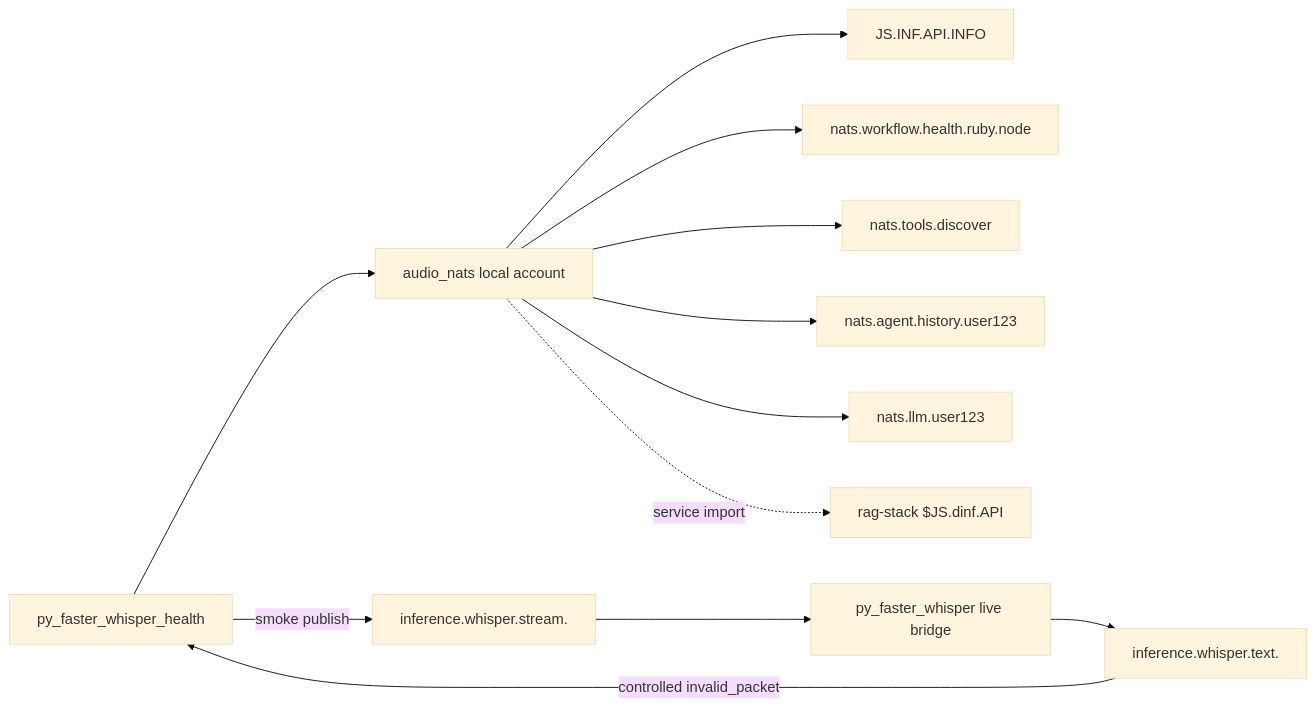
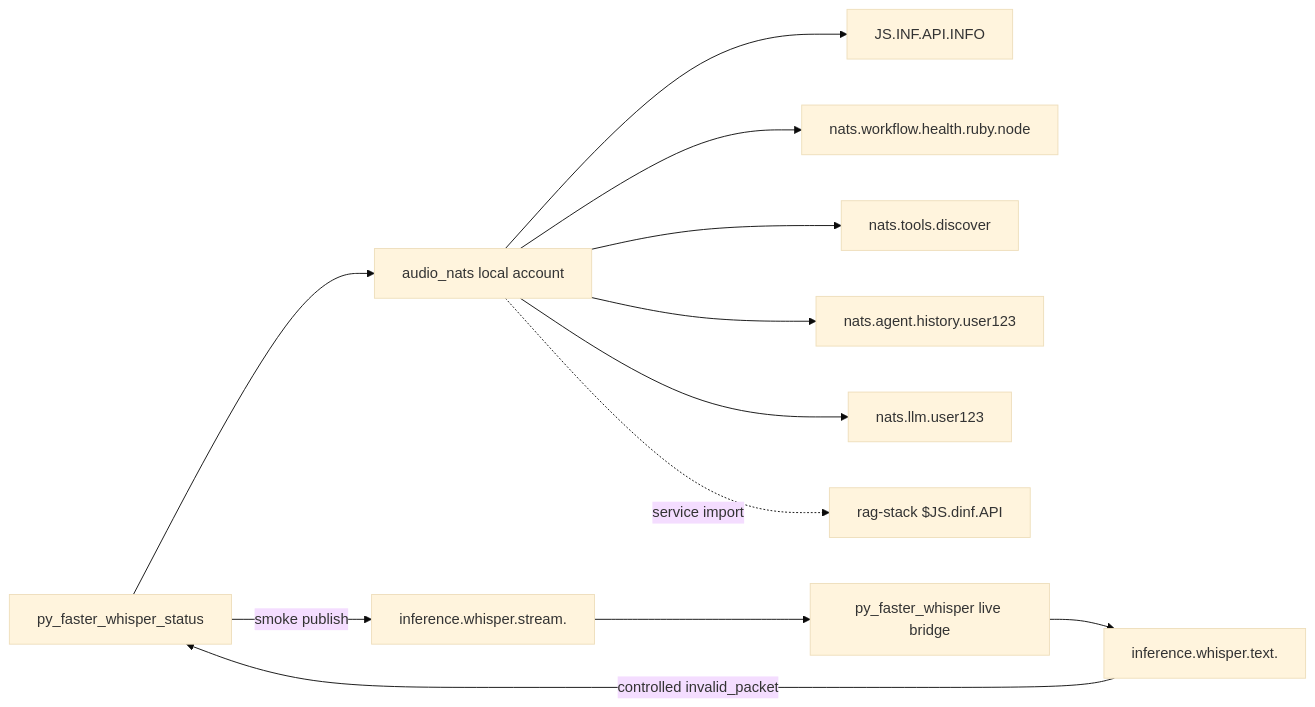
Before and after one commit to komaroffsergei/webrtc-komaroff: the fifth of 5 diagrams in DOCS/DIAGNOSTICS.md, drawn with Mermaid (base theme). The commit also changed other lines of this file and 6 other files, not shown here.

Commit message:
Route status diagnostics through whisper service

````diff
--- a/DOCS/DIAGNOSTICS.md
+++ b/DOCS/DIAGNOSTICS.md
@@ -165,17 +167,17 @@
 ```mermaid
 flowchart LR
-    Health["py_faster_whisper_health"] --> AudioNats["audio_nats local account"]
+    Health["py_faster_whisper_status"] --> AudioNats["audio_nats local account"]
 
     AudioNats --> Js["JS.INF.API.INFO"]
     AudioNats --> Workflow["nats.workflow.health.ruby.node"]
     AudioNats --> Tools["nats.tools.discover"]
     AudioNats --> History["nats.agent.history.user123"]
     AudioNats --> Llm["nats.llm.user123"]
 
     Health -- smoke publish --> AsrIn["inference.whisper.stream.<diagnostics>"]
     AsrOut["inference.whisper.text.<diagnostics>"] -- controlled invalid_packet --> Health
     AsrIn --> Bridge["py_faster_whisper live bridge"]
     Bridge --> AsrOut
 
     AudioNats -. service import .-> InferenceJs["rag-stack $JS.dinf.API"]
 ```
````
